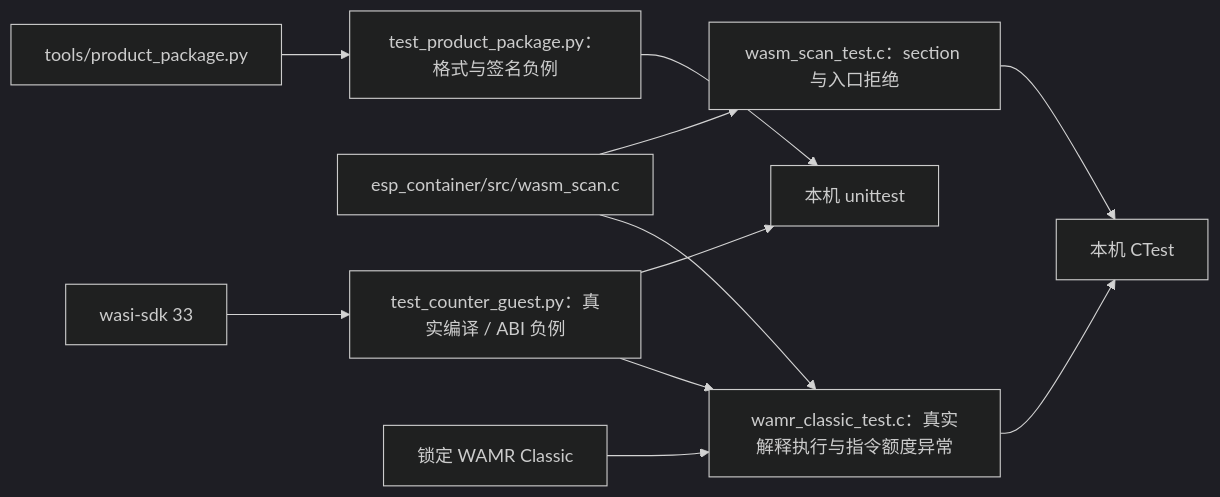
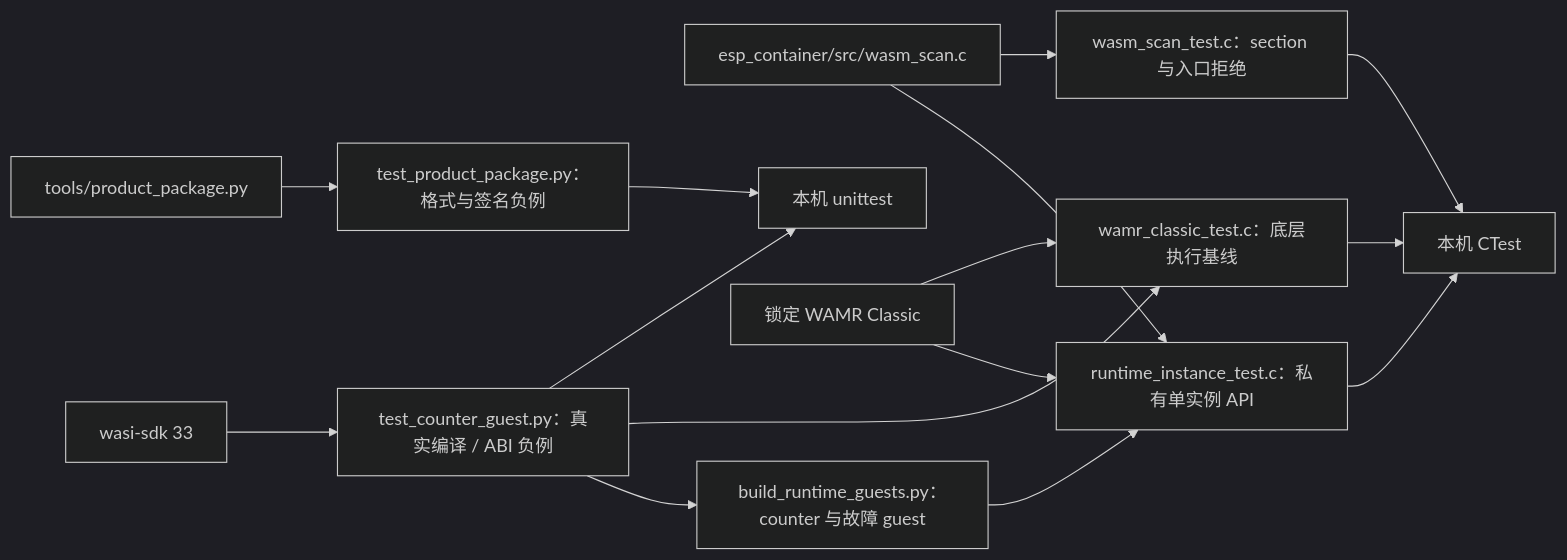
The diagram in tests/README.md (darren-you/esp-container), drawn with Mermaid (dark theme) before and after one commit. The commit also changed other lines of this file and 11 other files, not shown here.

````diff
--- a/tests/README.md
+++ b/tests/README.md
@@ -5,13 +5,17 @@
 ```mermaid
 flowchart LR
     package["tools/product_package.py"] --> py["test_product_package.py：格式与签名负例"]
     scanner["esp_container/src/wasm_scan.c"] --> c["wasm_scan_test.c：section 与入口拒绝"]
     wasi["wasi-sdk 33"] --> guest["test_counter_guest.py：真实编译 / ABI 负例"]
     guest --> host
-    wamr["锁定 WAMR Classic"] --> runtime["wamr_classic_test.c：真实解释执行与指令额度异常"]
-    guest --> runtime
-    scanner --> runtime
+    wamr["锁定 WAMR Classic"] --> baseline["wamr_classic_test.c：底层执行基线"]
+    guest --> baseline
+    guest --> fixtures["build_runtime_guests.py：counter 与故障 guest"]
+    wamr --> instance["runtime_instance_test.c：私有单实例 API"]
+    fixtures --> instance
+    scanner --> instance
     py --> host["本机 unittest"]
     c --> ctest["本机 CTest"]
-    runtime --> ctest
+    baseline --> ctest
+    instance --> ctest
 ```
````
